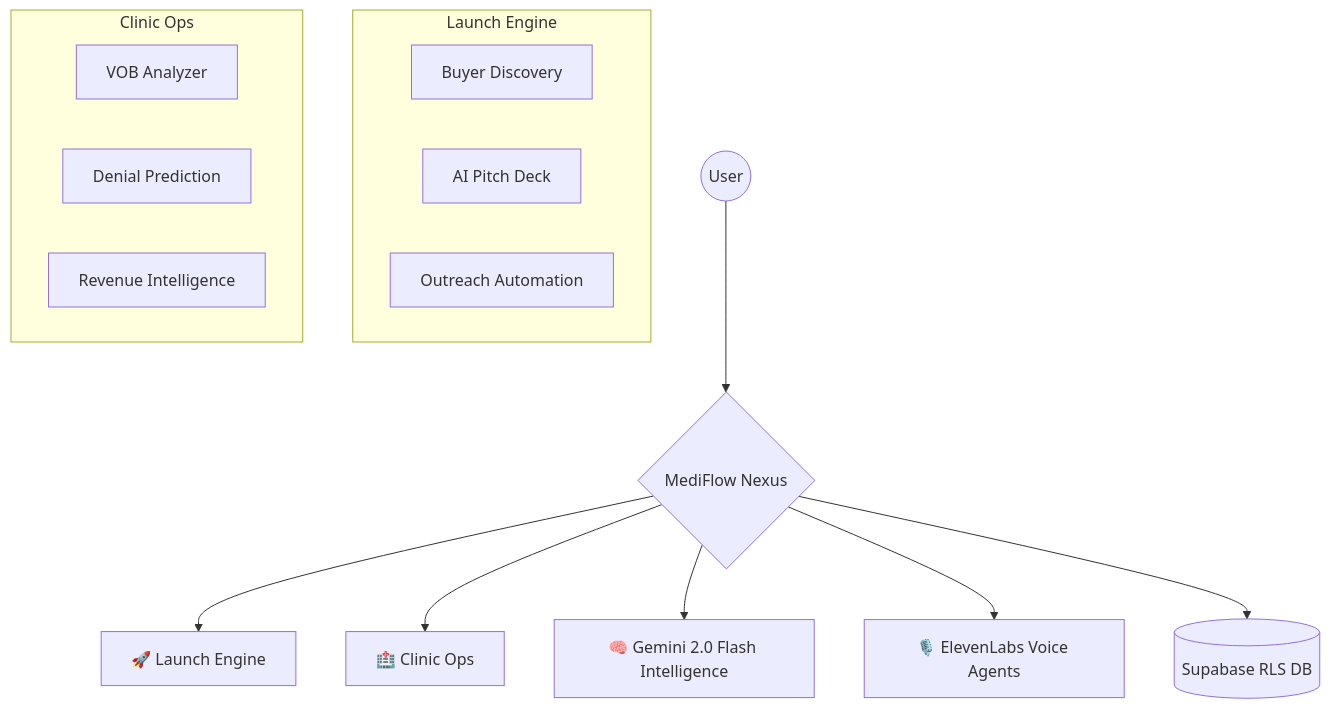
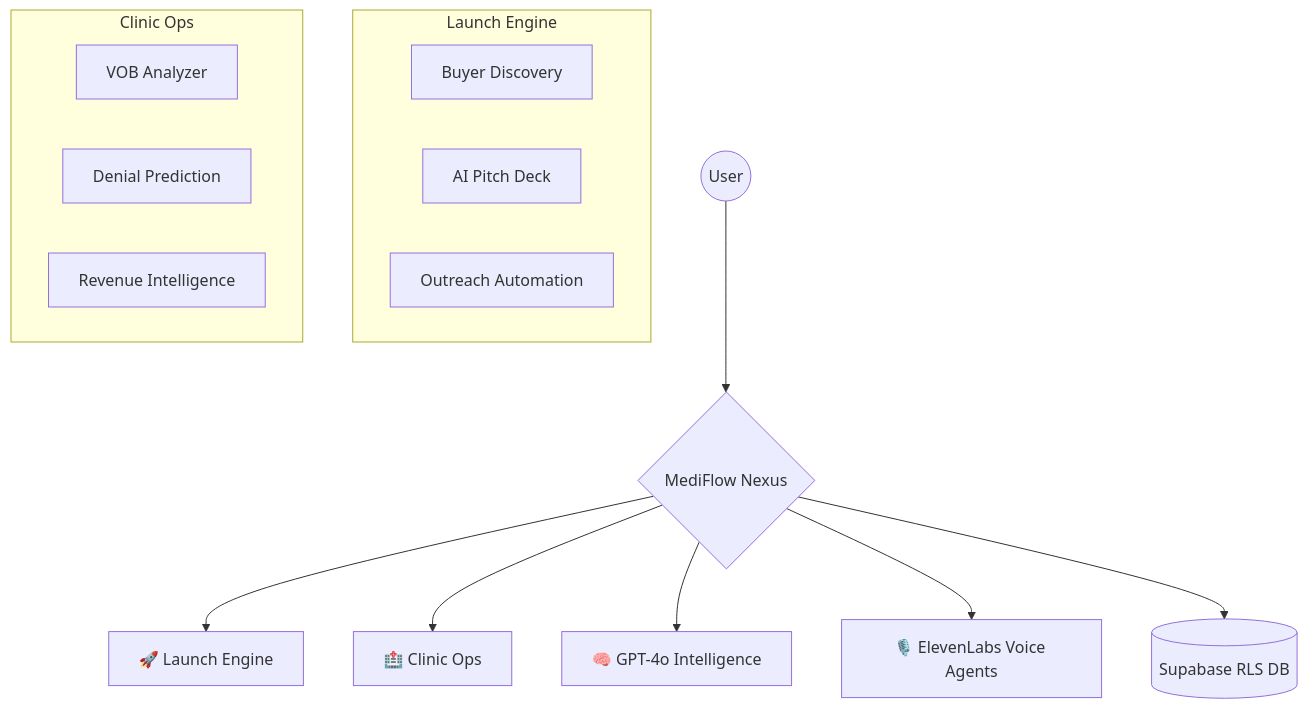
One commit to Hardik182005/Mediflow-Nexus changed the diagram in README.md. Above: the diagram before and after it, drawn with Mermaid. The commit also changed other lines of this file and 28 other files, not shown here.

````diff
--- a/README.md
+++ b/README.md
@@ -39,22 +39,22 @@
 ```mermaid
 graph TD
     User((User)) --> Dashboard{MediFlow Nexus}
     Dashboard --> LaunchEngine[🚀 Launch Engine]
     Dashboard --> ClinicOps[🏥 Clinic Ops]
     
     subgraph "Launch Engine"
         LE1[Buyer Discovery]
         LE2[AI Pitch Deck]
         LE3[Outreach Automation]
     end
     
     subgraph "Clinic Ops"
         CO1[VOB Analyzer]
         CO2[Denial Prediction]
         CO3[Revenue Intelligence]
     end
     
-    Dashboard --> AI[🧠 Gemini 2.0 Flash Intelligence]
+    Dashboard --> AI[🧠 GPT-4o Intelligence]
     Dashboard --> Voice[🎙️ ElevenLabs Voice Agents]
     Dashboard --> DB[(Supabase RLS DB)]
 ```
````
